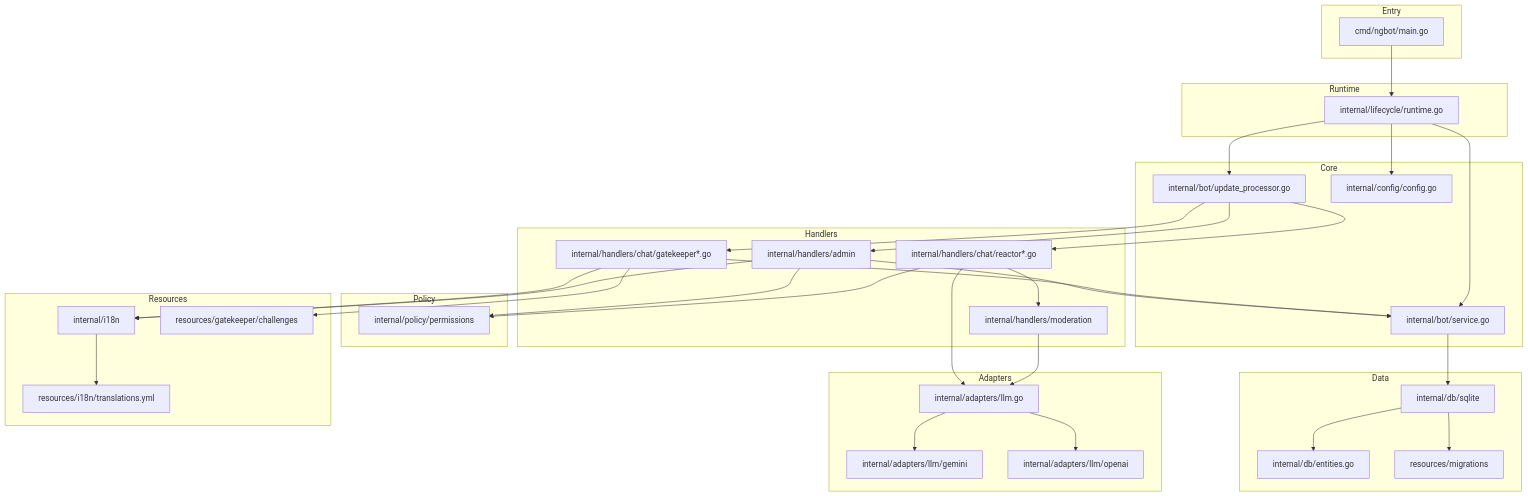
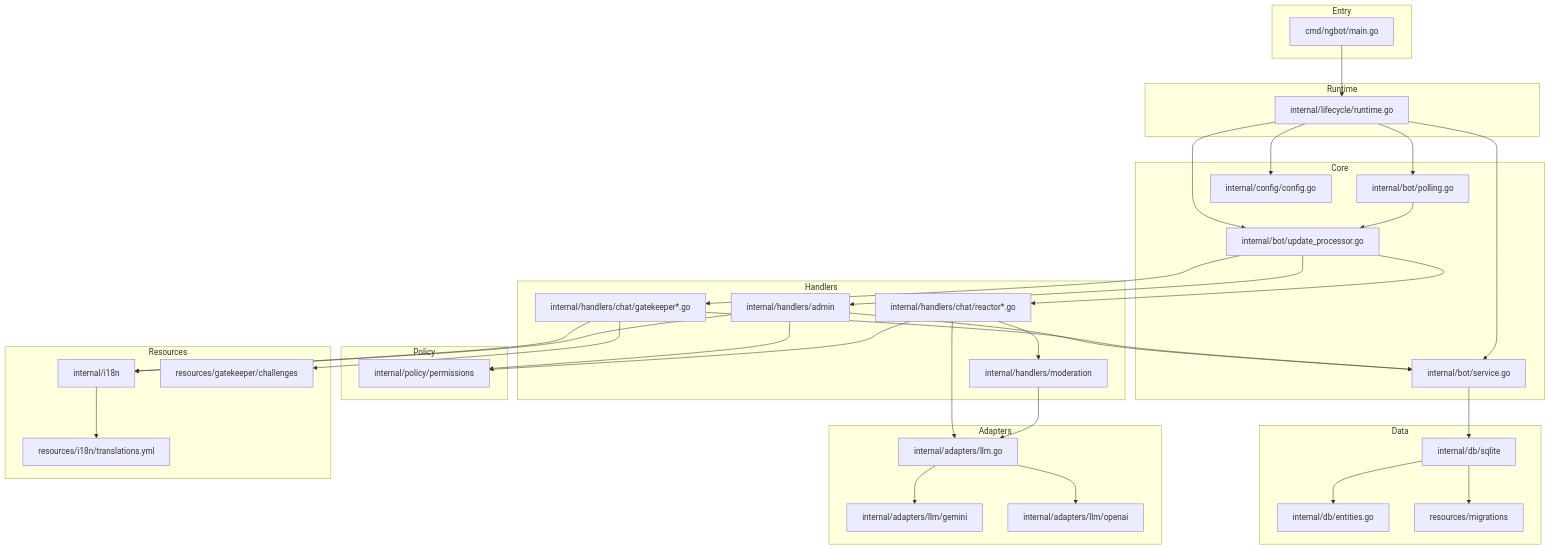
One commit to iamwavecut/ngbot changed the first of 6 diagrams in docs/CODEBASE_MAP.md. Above: the diagram before and after it, drawn with Mermaid. The commit also changed other lines of this file, not shown here.

Commit message:
chore: update CODEBASE_MAP with new last mapped date and total tokens; add polling and external quote heuristic files to documentation

````diff
--- a/docs/CODEBASE_MAP.md
+++ b/docs/CODEBASE_MAP.md
@@ -15,75 +15,78 @@
 ```mermaid
 graph TB
     subgraph Entry
         Main[cmd/ngbot/main.go]
     end
 
     subgraph Runtime
         Lifecycle[internal/lifecycle/runtime.go]
     end
 
     subgraph Core
         Service[internal/bot/service.go]
         Processor[internal/bot/update_processor.go]
+        Polling[internal/bot/polling.go]
         Config[internal/config/config.go]
     end
 
     subgraph Handlers
         Admin[internal/handlers/admin]
         Gatekeeper[internal/handlers/chat/gatekeeper*.go]
         Reactor[internal/handlers/chat/reactor*.go]
         Moderation[internal/handlers/moderation]
     end
 
     subgraph Adapters
         LLM[internal/adapters/llm.go]
         Gemini[internal/adapters/llm/gemini]
         OpenAI[internal/adapters/llm/openai]
     end
 
     subgraph Data
         SQLite[internal/db/sqlite]
         Entities[internal/db/entities.go]
         Migrations[resources/migrations]
     end
 
     subgraph Policy
         Permissions[internal/policy/permissions]
     end
 
     subgraph Resources
         I18N[internal/i18n]
         Translations[resources/i18n/translations.yml]
         Challenges[resources/gatekeeper/challenges]
     end
 
     Main --> Lifecycle
     Lifecycle --> Service
     Lifecycle --> Processor
+    Lifecycle --> Polling
     Lifecycle --> Config
 
+    Polling --> Processor
     Processor --> Admin
     Processor --> Gatekeeper
     Processor --> Reactor
 
     Admin --> Service
     Gatekeeper --> Service
     Reactor --> Moderation
     Reactor --> LLM
 
     Moderation --> LLM
     LLM --> Gemini
     LLM --> OpenAI
 
     Service --> SQLite
     SQLite --> Entities
     SQLite --> Migrations
 
     Gatekeeper --> I18N
     Admin --> I18N
     I18N --> Translations
     Gatekeeper --> Challenges
 
     Admin --> Permissions
     Reactor --> Permissions
 ```
````
